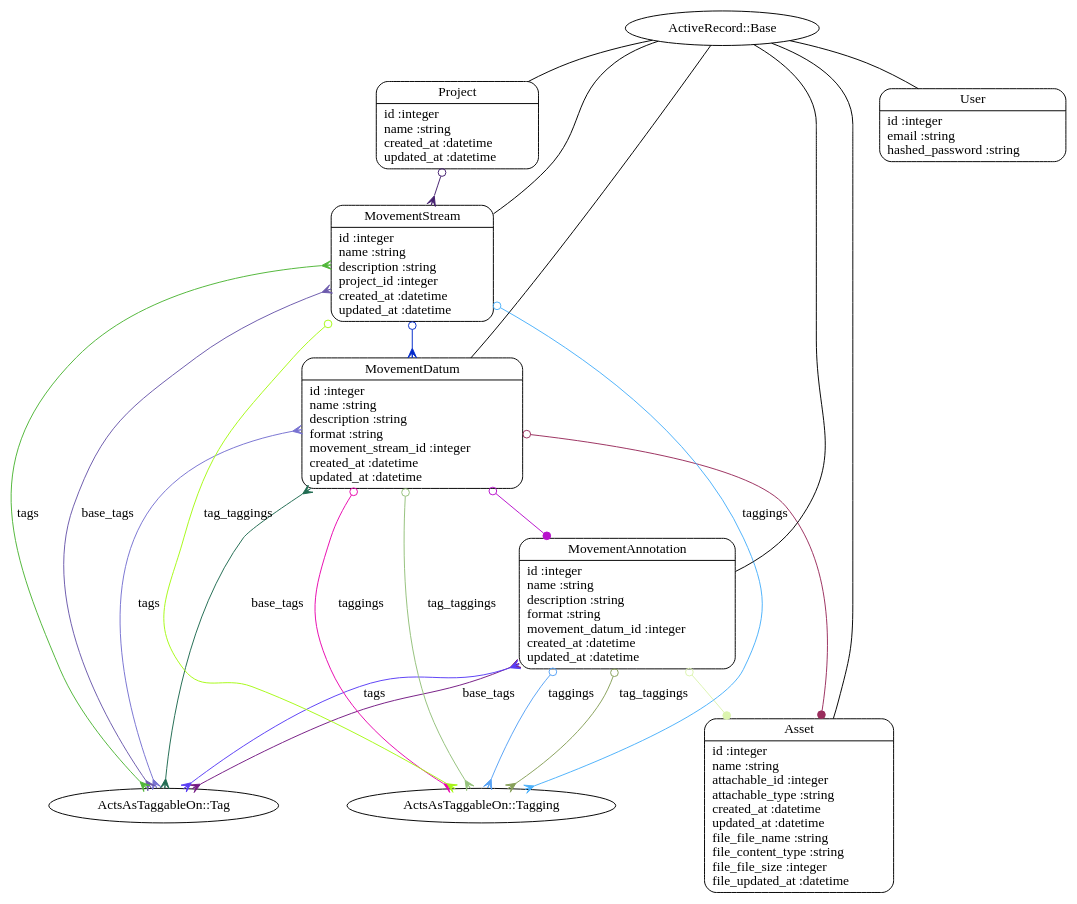
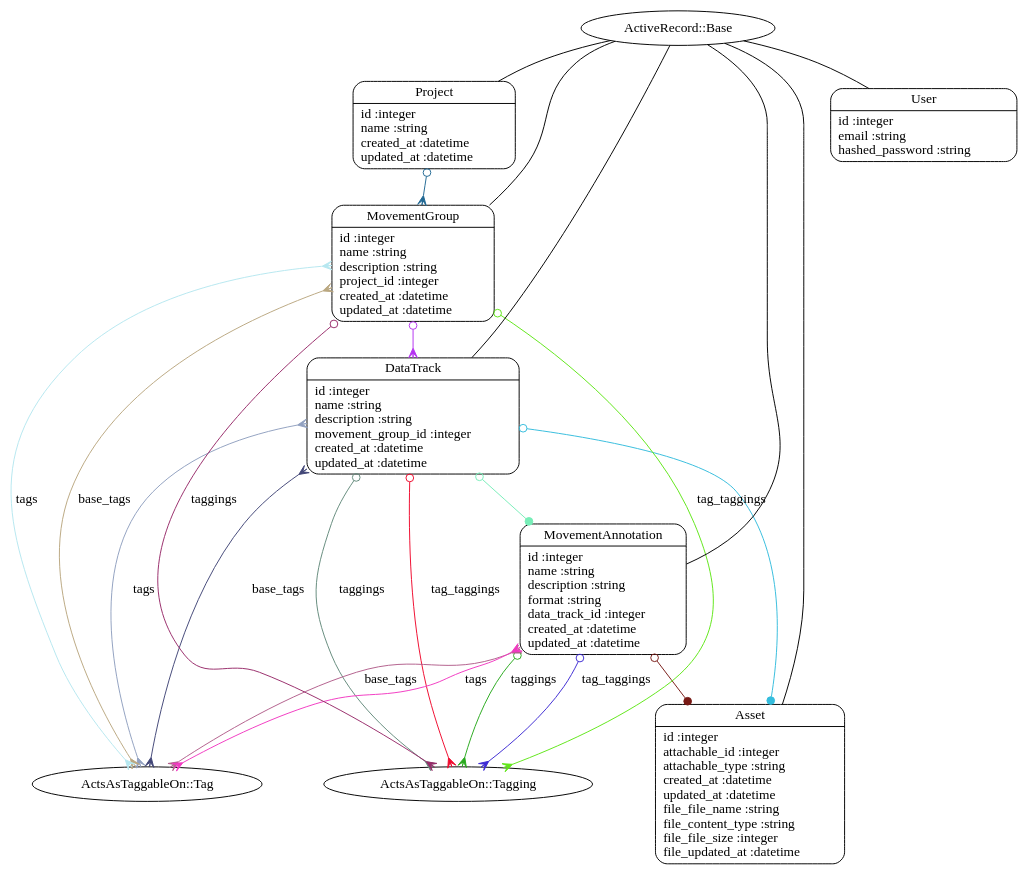
The diagram in full_models.dot (subirranjan1/mm-file-support), drawn with Graphviz before and after one commit. The commit also changed 9 other files, not shown here.

```diff
--- a/full_models.dot
+++ b/full_models.dot
@@ -1,32 +1,32 @@
 digraph models_diagram {
 	graph[overlap=false, splines=true]
-	"Asset" [shape=Mrecord, label="{Asset|id :integer\lname :string\lattachable_id :integer\lattachable_type :string\lcreated_at :datetime\lupdated_at :datetime\lfile_file_name :string\lfile_content_type :string\lfile_file_size :integer\lfile_updated_at :datetime\l}"]
-	"MovementAnnotation" [shape=Mrecord, label="{MovementAnnotation|id :integer\lname :string\ldescription :string\lformat :string\lmovement_datum_id :integer\lcreated_at :datetime\lupdated_at :datetime\l}"]
-	"MovementDatum" [shape=Mrecord, label="{MovementDatum|id :integer\lname :string\ldescription :string\lformat :string\lmovement_stream_id :integer\lcreated_at :datetime\lupdated_at :datetime\l}"]
-	"MovementStream" [shape=Mrecord, label="{MovementStream|id :integer\lname :string\ldescription :string\lproject_id :integer\lcreated_at :datetime\lupdated_at :datetime\l}"]
+	"Asset" [shape=Mrecord, label="{Asset|id :integer\lattachable_id :integer\lattachable_type :string\lcreated_at :datetime\lupdated_at :datetime\lfile_file_name :string\lfile_content_type :string\lfile_file_size :integer\lfile_updated_at :datetime\l}"]
+	"DataTrack" [shape=Mrecord, label="{DataTrack|id :integer\lname :string\ldescription :string\lmovement_group_id :integer\lcreated_at :datetime\lupdated_at :datetime\l}"]
+	"MovementAnnotation" [shape=Mrecord, label="{MovementAnnotation|id :integer\lname :string\ldescription :string\lformat :string\ldata_track_id :integer\lcreated_at :datetime\lupdated_at :datetime\l}"]
+	"MovementGroup" [shape=Mrecord, label="{MovementGroup|id :integer\lname :string\ldescription :string\lproject_id :integer\lcreated_at :datetime\lupdated_at :datetime\l}"]
 	"Project" [shape=Mrecord, label="{Project|id :integer\lname :string\lcreated_at :datetime\lupdated_at :datetime\l}"]
 	"User" [shape=Mrecord, label="{User|id :integer\lemail :string\lhashed_password :string\l}"]
 	"ActiveRecord::Base" -> "Asset" [label="", arrowhead="none", arrowtail="onormal"]
-	"MovementAnnotation" -> "Asset" [arrowtail=odot, arrowhead=dot, dir=both color="#DCF4AF"]
-	"MovementAnnotation" -> "ActsAsTaggableOn::Tagging" [label="taggings", arrowtail=odot, arrowhead=crow, dir=both color="#57A2F6"]
-	"MovementAnnotation" -> "ActsAsTaggableOn::Tag" [label="base_tags", arrowtail=crow, arrowhead=crow, dir=both color="#751A83"]
-	"MovementAnnotation" -> "ActsAsTaggableOn::Tagging" [label="tag_taggings", arrowtail=odot, arrowhead=crow, dir=both color="#87A059"]
-	"MovementAnnotation" -> "ActsAsTaggableOn::Tag" [label="tags", arrowtail=crow, arrowhead=crow, dir=both color="#5A3EF6"]
+	"DataTrack" -> "Asset" [arrowtail=odot, arrowhead=dot, dir=both color="#35BDDD"]
+	"DataTrack" -> "MovementAnnotation" [arrowtail=odot, arrowhead=dot, dir=both color="#78EEB8"]
+	"DataTrack" -> "ActsAsTaggableOn::Tagging" [label="taggings", arrowtail=odot, arrowhead=crow, dir=both color="#648A7C"]
+	"DataTrack" -> "ActsAsTaggableOn::Tag" [label="base_tags", arrowtail=crow, arrowhead=crow, dir=both color="#424778"]
+	"DataTrack" -> "ActsAsTaggableOn::Tagging" [label="tag_taggings", arrowtail=odot, arrowhead=crow, dir=both color="#F00A2D"]
+	"DataTrack" -> "ActsAsTaggableOn::Tag" [label="tags", arrowtail=crow, arrowhead=crow, dir=both color="#91A0C0"]
+	"ActiveRecord::Base" -> "DataTrack" [label="", arrowhead="none", arrowtail="onormal"]
+	"MovementAnnotation" -> "Asset" [arrowtail=odot, arrowhead=dot, dir=both color="#781A15"]
+	"MovementAnnotation" -> "ActsAsTaggableOn::Tagging" [label="taggings", arrowtail=odot, arrowhead=crow, dir=both color="#29AA1E"]
+	"MovementAnnotation" -> "ActsAsTaggableOn::Tag" [label="base_tags", arrowtail=crow, arrowhead=crow, dir=both color="#B25F8C"]
+	"MovementAnnotation" -> "ActsAsTaggableOn::Tagging" [label="tag_taggings", arrowtail=odot, arrowhead=crow, dir=both color="#3E2BD4"]
+	"MovementAnnotation" -> "ActsAsTaggableOn::Tag" [label="tags", arrowtail=crow, arrowhead=crow, dir=both color="#F239C2"]
 	"ActiveRecord::Base" -> "MovementAnnotation" [label="", arrowhead="none", arrowtail="onormal"]
-	"MovementDatum" -> "Asset" [arrowtail=odot, arrowhead=dot, dir=both color="#9A2E5D"]
-	"MovementDatum" -> "MovementAnnotation" [arrowtail=odot, arrowhead=dot, dir=both color="#B811CC"]
-	"MovementDatum" -> "ActsAsTaggableOn::Tagging" [label="taggings", arrowtail=odot, arrowhead=crow, dir=both color="#E808AF"]
-	"MovementDatum" -> "ActsAsTaggableOn::Tag" [label="base_tags", arrowtail=crow, arrowhead=crow, dir=both color="#206B51"]
-	"MovementDatum" -> "ActsAsTaggableOn::Tagging" [label="tag_taggings", arrowtail=odot, arrowhead=crow, dir=both color="#94C17B"]
-	"MovementDatum" -> "ActsAsTaggableOn::Tag" [label="tags", arrowtail=crow, arrowhead=crow, dir=both color="#7872D1"]
-	"ActiveRecord::Base" -> "MovementDatum" [label="", arrowhead="none", arrowtail="onormal"]
-	"MovementStream" -> "MovementDatum" [arrowtail=odot, arrowhead=crow, dir=both color="#042BCA"]
-	"MovementStream" -> "ActsAsTaggableOn::Tagging" [label="taggings", arrowtail=odot, arrowhead=crow, dir=both color="#4CB1FB"]
-	"MovementStream" -> "ActsAsTaggableOn::Tag" [label="base_tags", arrowtail=crow, arrowhead=crow, dir=both color="#6B59AC"]
-	"MovementStream" -> "ActsAsTaggableOn::Tagging" [label="tag_taggings", arrowtail=odot, arrowhead=crow, dir=both color="#A7FA15"]
-	"MovementStream" -> "ActsAsTaggableOn::Tag" [label="tags", arrowtail=crow, arrowhead=crow, dir=both color="#50B638"]
-	"ActiveRecord::Base" -> "MovementStream" [label="", arrowhead="none", arrowtail="onormal"]
-	"Project" -> "MovementStream" [arrowtail=odot, arrowhead=crow, dir=both color="#431F6E"]
+	"MovementGroup" -> "DataTrack" [arrowtail=odot, arrowhead=crow, dir=both color="#B533F1"]
+	"MovementGroup" -> "ActsAsTaggableOn::Tagging" [label="taggings", arrowtail=odot, arrowhead=crow, dir=both color="#982B6A"]
+	"MovementGroup" -> "ActsAsTaggableOn::Tag" [label="base_tags", arrowtail=crow, arrowhead=crow, dir=both color="#BAA881"]
+	"MovementGroup" -> "ActsAsTaggableOn::Tagging" [label="tag_taggings", arrowtail=odot, arrowhead=crow, dir=both color="#60E618"]
+	"MovementGroup" -> "ActsAsTaggableOn::Tag" [label="tags", arrowtail=crow, arrowhead=crow, dir=both color="#B6E7F0"]
+	"ActiveRecord::Base" -> "MovementGroup" [label="", arrowhead="none", arrowtail="onormal"]
+	"Project" -> "MovementGroup" [arrowtail=odot, arrowhead=crow, dir=both color="#226994"]
 	"ActiveRecord::Base" -> "Project" [label="", arrowhead="none", arrowtail="onormal"]
 	"ActiveRecord::Base" -> "User" [label="", arrowhead="none", arrowtail="onormal"]
 }
```
